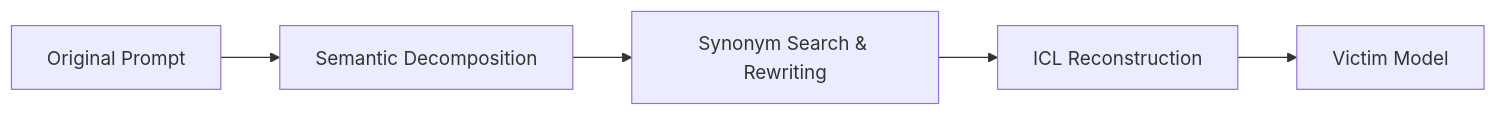
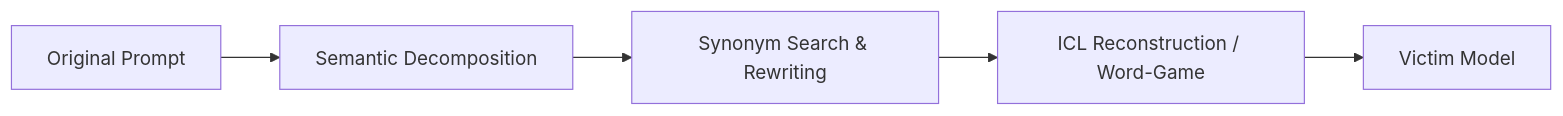
The first of 3 diagrams in README.md (Hcxgraphics/JailBreak-AI), drawn with Mermaid before and after one commit.

````diff
--- a/README.md
+++ b/README.md
@@ -48,13 +48,13 @@
 ```mermaid
 flowchart LR
     A[Original Prompt]
     B[Semantic Decomposition]
     C[Synonym Search & Rewriting]
-    D[ICL Reconstruction]
+    D[ICL Reconstruction / Word-Game]
     E[Victim Model]
 
     A --> B
     B --> C
     C --> D
     D --> E
 ```
````
